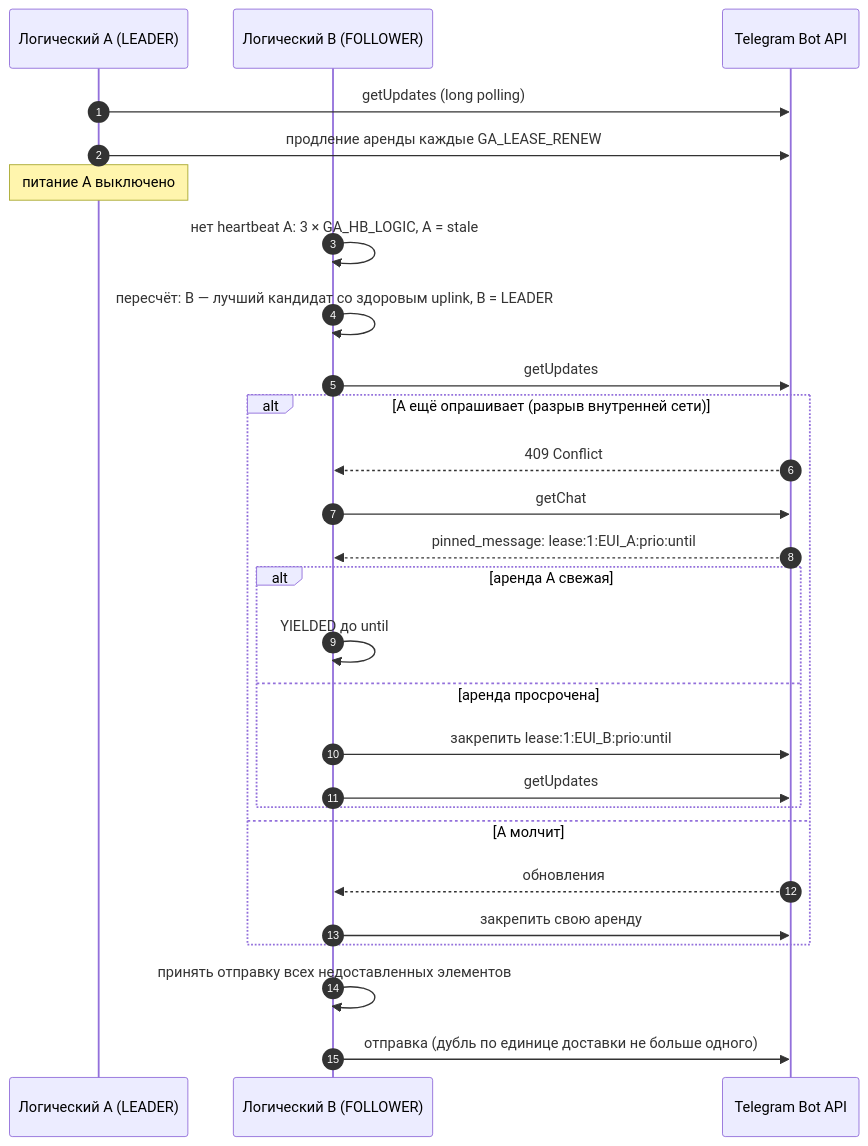
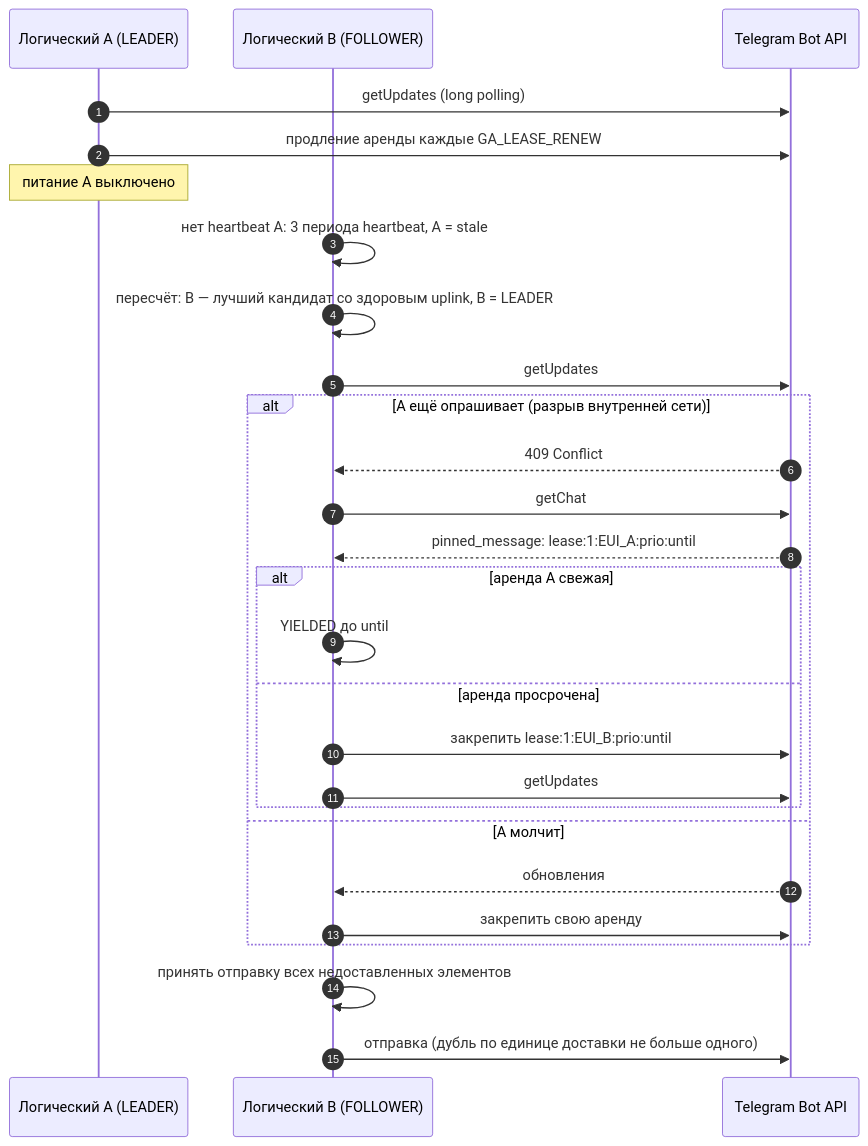
Before and after one commit to wol-micro/garageAlarms2.0: the fourth of 8 diagrams in _bmad-output/planning-artifacts/protocols-reference/garageAlarms2-протоколы.md, drawn with Mermaid. The commit also changed other lines of this file and 16 other files, not shown here.

````diff
--- a/_bmad-output/planning-artifacts/protocols-reference/garageAlarms2-протоколы.md
+++ b/_bmad-output/planning-artifacts/protocols-reference/garageAlarms2-протоколы.md
@@ -619,29 +644,29 @@
 ```mermaid
 sequenceDiagram
   autonumber
   participant A as Логический A (LEADER)
   participant B as Логический B (FOLLOWER)
   participant TG as Telegram Bot API
   A->>TG: getUpdates (long polling)
   A->>TG: продление аренды каждые GA_LEASE_RENEW
   Note over A: питание A выключено
-  B->>B: нет heartbeat A: 3 × GA_HB_LOGIC, A = stale
+  B->>B: нет heartbeat A: 3 периода heartbeat, A = stale
   B->>B: пересчёт: B — лучший кандидат со здоровым uplink, B = LEADER
   B->>TG: getUpdates
   alt A ещё опрашивает (разрыв внутренней сети)
     TG-->>B: 409 Conflict
     B->>TG: getChat
     TG-->>B: pinned_message: lease:1:EUI_A:prio:until
     alt аренда A свежая
       B->>B: YIELDED до until
     else аренда просрочена
       B->>TG: закрепить lease:1:EUI_B:prio:until
       B->>TG: getUpdates
     end
   else A молчит
     TG-->>B: обновления
     B->>TG: закрепить свою аренду
   end
   B->>B: принять отправку всех недоставленных элементов
   B->>TG: отправка (дубль по единице доставки не больше одного)
 ```
````
